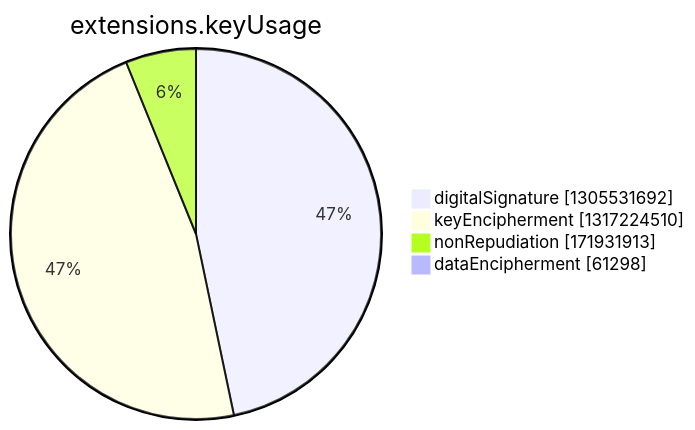
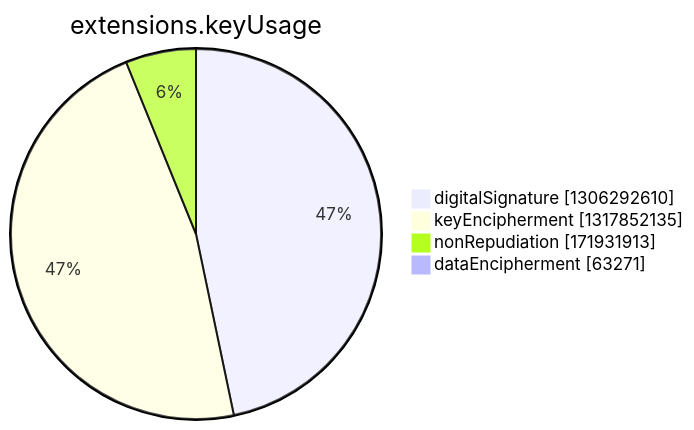
One commit to christiankrug/ctmonitor_visualization changed the seventh of 15 diagrams in argon2022/README.md. Above: the diagram before and after it, drawn with Mermaid. The commit also changed other lines of this file, not shown here.

````diff
--- a/argon2022/README.md
+++ b/argon2022/README.md
@@ -2749,8 +2750,8 @@
 ```mermaid
 pie showData
 title extensions.keyUsage
-"digitalSignature" :1305531692
-"keyEncipherment" :1317224510
+"digitalSignature" :1306292610
+"keyEncipherment" :1317852135
 "nonRepudiation" :171931913
-"dataEncipherment" :61298
+"dataEncipherment" :63271
 ```
````
